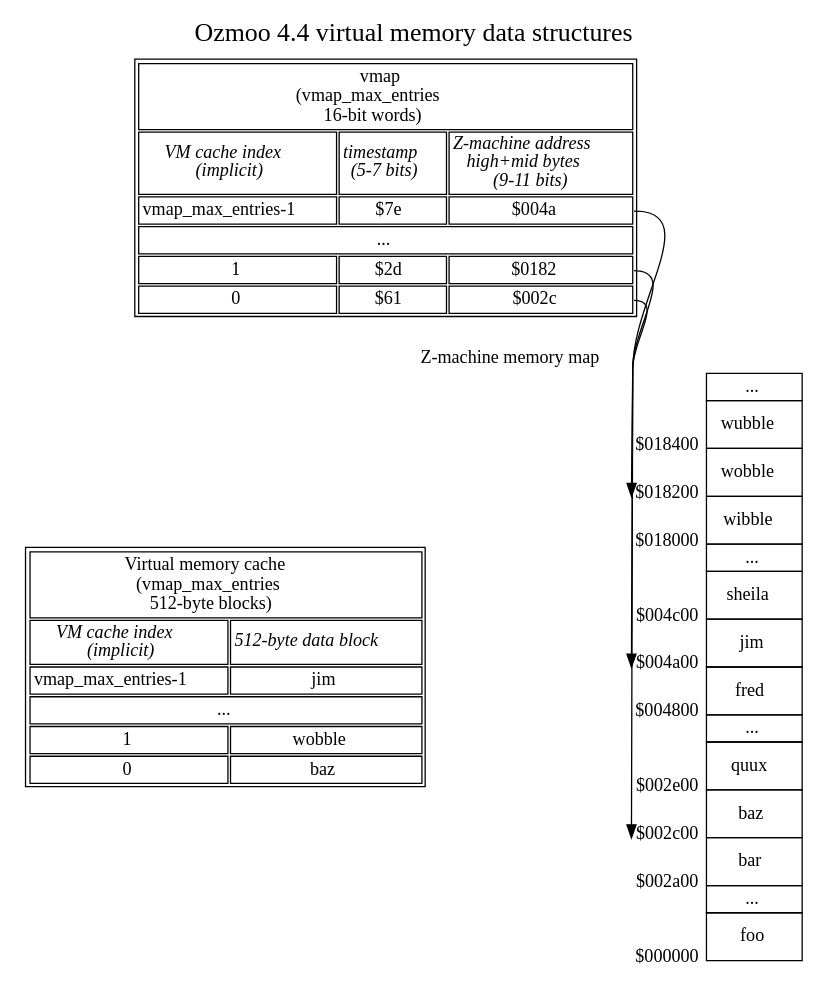
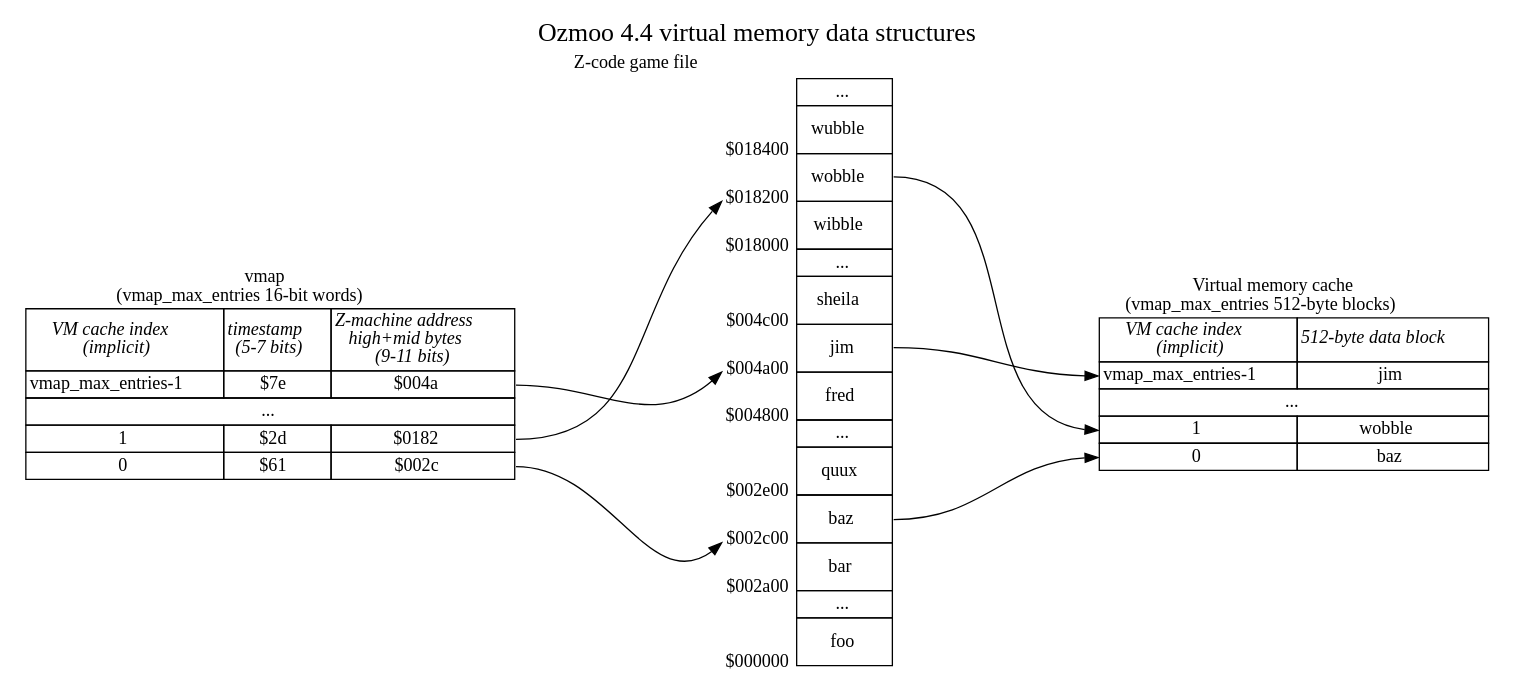
The diagram in documentation/techdocs/memory-map-1.dot (ZornsLemma/ozmoo), drawn with Graphviz before and after one commit.

Commit message:
Snapshot

```diff
--- a/documentation/techdocs/memory-map-1.dot
+++ b/documentation/techdocs/memory-map-1.dot
@@ -1,111 +1,115 @@
 digraph memory {
     graph [nodesep=2, label="Ozmoo 4.4 virtual memory data structures", fontsize=20, labelloc=t];
     forcelabels=true;
     node [shape=plaintext];
 
     # SFTODO: Rename "top" to "ram"?
     top [label=<
-    <table>
+    <table border="0" cellborder="1" cellspacing="0">
         <!-- SFTODO: could label start of this chunk of memory vmap_first_ram_page -->
-        <tr><td colspan="2">Virtual memory cache<br/>(vmap_max_entries<br/>512-byte blocks)</td></tr>
+        <tr><td colspan="2" border="0">Virtual memory cache<br/>(vmap_max_entries 512-byte blocks)</td></tr>
                     <tr>
                         <td><i>VM cache index<br/>(implicit)</i></td>
                         <td><i>512-byte data block</i></td>
                     </tr>
                     <tr>
-                        <td>vmap_max_entries-1</td>
+                        <td port="jim">vmap_max_entries-1</td>
                         <td>jim</td>
                     </tr>
                     <tr><td colspan="2">...</td></tr>
                     <tr>
-                        <td>1</td>
+                        <td port="wobble">1</td>
                         <td>wobble</td>
                     </tr>
                     <tr>
-                        <td>0</td>
+                        <td port="baz">0</td>
                         <td>baz</td>
                     </tr>
     </table>>];
 
     SFTODORENAME [label=<
-    <table>
-        <tr><td colspan="3">vmap<br/>(vmap_max_entries<br/>16-bit words)</td></tr>
+    <table border="0" cellborder="1" cellspacing="0">
+        <tr><td colspan="3" border="0">vmap<br/>(vmap_max_entries 16-bit words)</td></tr>
         <tr>
             <td><i>VM cache index<br/>(implicit)</i></td>
             <td><i>timestamp<br/>(5-7 bits)</i></td>
             <td><i>Z-machine address<br/>high+mid bytes<br/>(9-11 bits)</i></td>
         </tr>
         <tr><td>vmap_max_entries-1</td><td>$7e</td><td port="z004a">$004a</td></tr>
         <tr><td colspan="3">...</td></tr>
         <tr><td>1</td><td>$2d</td><td port="z0182">$0182</td></tr>
         <tr><td>0</td><td>$61</td><td port="z002c">$002c</td></tr>
     </table>>];
 
-    zmachine [xlabel="Z-machine memory map", label=<
+    zmachine [xlabel="Z-code game file", label=<
     <table border="0" cellspacing="0">
         <tr>
             <td></td>
             <td border="1">...</td>
         </tr>
         <tr>
             <td valign="bottom"><sub>$018400</sub></td>
             <td border="1" cellpadding="10"><!-- Z-code: -->wubble</td>
         </tr>
         <tr>
             <td port="z0182" valign="bottom"><sub>$018200</sub></td>
-            <td border="1" cellpadding="10"><!-- Z-code: -->wobble</td>
+            <td port="wobble" border="1" cellpadding="10"><!-- Z-code: -->wobble</td>
         </tr>
         <tr>
             <td valign="bottom"><sub>$018000</sub></td>
             <td border="1" cellpadding="10"><!-- Z-code: -->wibble</td>
         </tr>
         <tr>
             <td></td>
             <td border="1">...</td>
         </tr>
         <tr>
             <td valign="bottom"><sub>$004c00</sub></td>
             <td border="1" cellpadding="10"><!-- Z-code: -->sheila</td>
         </tr>
         <tr>
             <td port="z004a" valign="bottom"><sub>$004a00</sub></td>
-            <td border="1" cellpadding="10"><!-- Z-code: -->jim</td>
+            <td port="jim" border="1" cellpadding="10"><!-- Z-code: -->jim</td>
         </tr>
         <tr>
             <td valign="bottom"><sub>$004800</sub></td>
             <td border="1" cellpadding="10"><!-- Z-code: -->fred</td>
         </tr>
         <tr>
             <td></td>
             <td border="1">...</td>
         </tr>
         <tr>
             <td valign="bottom"><sub>$002e00</sub></td>
             <td border="1" cellpadding="10"><!-- Z-code: -->quux</td>
         </tr>
         <tr>
             <td port="z002c" valign="bottom"><sub>$002c00</sub></td>
-            <td border="1" cellpadding="10"><!-- Z-code: -->baz</td>
+            <td port="baz" border="1" cellpadding="10"><!-- Z-code: -->baz</td>
         </tr>
         <tr>
             <td valign="bottom"><sub>$002a00</sub></td>
             <td border="1" cellpadding="10"><!-- Z-code: -->bar</td>
         </tr>
         <tr>
             <td></td>
             <td border="1">...</td>
         </tr>
         <tr>
             <td valign="bottom"><sub>$000000</sub></td>
             <td border="1" cellpadding="10"><!-- Z-code: -->foo</td>
         </tr>
     </table>>];
 
-    {rank = same; top zmachine};
+    {rank = same; SFTODORENAME zmachine top};
 
     SFTODORENAME:z004a:e -> zmachine:z004a:sw;
     SFTODORENAME:z002c:e -> zmachine:z002c:sw;
     SFTODORENAME:z0182:e -> zmachine:z0182:sw;
+
+    zmachine:jim:e -> top:jim:w;
+    zmachine:wobble:e -> top:wobble:w;
+    zmachine:baz:e -> top:baz:w;
 }
 
 # vi: sw=4 sts=4
```
